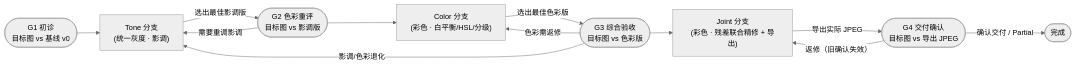
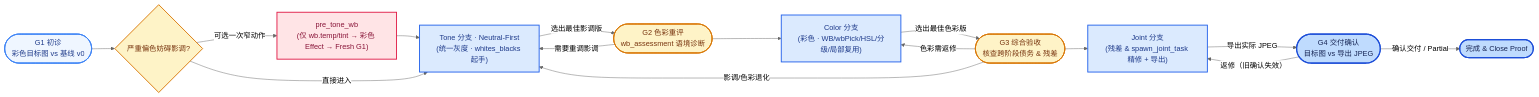
Before and after one commit to ARCHIC001/RetouchAgain: the first of 4 diagrams in README.md, drawn with Mermaid (neutral theme). The commit also changed other lines of this file and 5 other files, not shown here.

````diff
--- a/README.md
+++ b/README.md
@@ -13,14 +25,23 @@
 ```mermaid
 flowchart LR
-    G1(["G1 初诊<br/>目标图 vs 基线 v0"]) --> Tone["Tone 分支<br/>(统一灰度 · 影调)"]
-    Tone -->|"选出最佳影调版"| G2(["G2 色彩重评<br/>目标图 vs 影调版"])
+    classDef flowStart fill:#eff6ff,stroke:#3b82f6,color:#1e3a8a,stroke-width:2px
+    classDef flowMid fill:#dbeafe,stroke:#2563eb,color:#1e3a8a,stroke-width:2px
+    classDef flowEnd fill:#bfdbfe,stroke:#1d4ed8,color:#172554,stroke-width:2.5px
+    classDef origVisual fill:#fef3c7,stroke:#d97706,color:#78350f,stroke-width:2px
+    classDef origGuard fill:#ffe4e6,stroke:#e11d48,color:#881337,stroke-width:2px
+
+    G1(["G1 初诊<br/>彩色目标图 vs 基线 v0"]):::flowStart --> PreCheck{"严重偏色妨碍影调?"}:::origVisual
+    PreCheck -->|"可选一次窄动作"| PreWB["pre_tone_wb<br/>(仅 wb.temp/tint → 彩色 Effect → Fresh G1)"]:::origGuard
+    PreWB --> Tone
+    PreCheck -->|"直接进入"| Tone["Tone 分支 · Neutral-First<br/>(统一灰度 · whites_blacks 起手)"]:::flowMid
+    Tone -->|"选出最佳影调版"| G2(["G2 色彩重评<br/>wb_assessment 语境诊断"]):::origVisual
     G2 -->|"需要重调影调"| Tone
-    G2 --> Color["Color 分支<br/>(彩色 · 白平衡/HSL/分级)"]
-    Color -->|"选出最佳色彩版"| G3(["G3 综合验收<br/>目标图 vs 色彩版"])
+    G2 --> Color["Color 分支<br/>(彩色 · WB/wbPick/HSL/分级/局部复用)"]:::flowMid
+    Color -->|"选出最佳色彩版"| G3(["G3 综合验收<br/>核查跨阶段债务 & 残差"]):::origVisual
     G3 -->|"影调/色彩退化"| Tone
     G3 -->|"色彩需返修"| Color
-    G3 --> Joint["Joint 分支<br/>(彩色 · 残差联合精修 + 导出)"]
-    Joint -->|"导出实际 JPEG"| G4(["G4 交付确认<br/>目标图 vs 导出 JPEG"])
+    G3 --> Joint["Joint 分支<br/>(残差 & spawn_joint_task 精修 + 导出)"]:::flowMid
+    Joint -->|"导出实际 JPEG"| G4(["G4 交付确认<br/>目标图 vs 导出 JPEG"]):::flowEnd
     G4 -->|"返修（旧确认失效）"| Joint
-    G4 -->|"确认交付 / Partial"| Done(["完成"])
+    G4 -->|"确认交付 / Partial"| Done(["完成 & Close Proof"]):::flowEnd
 ```
````
